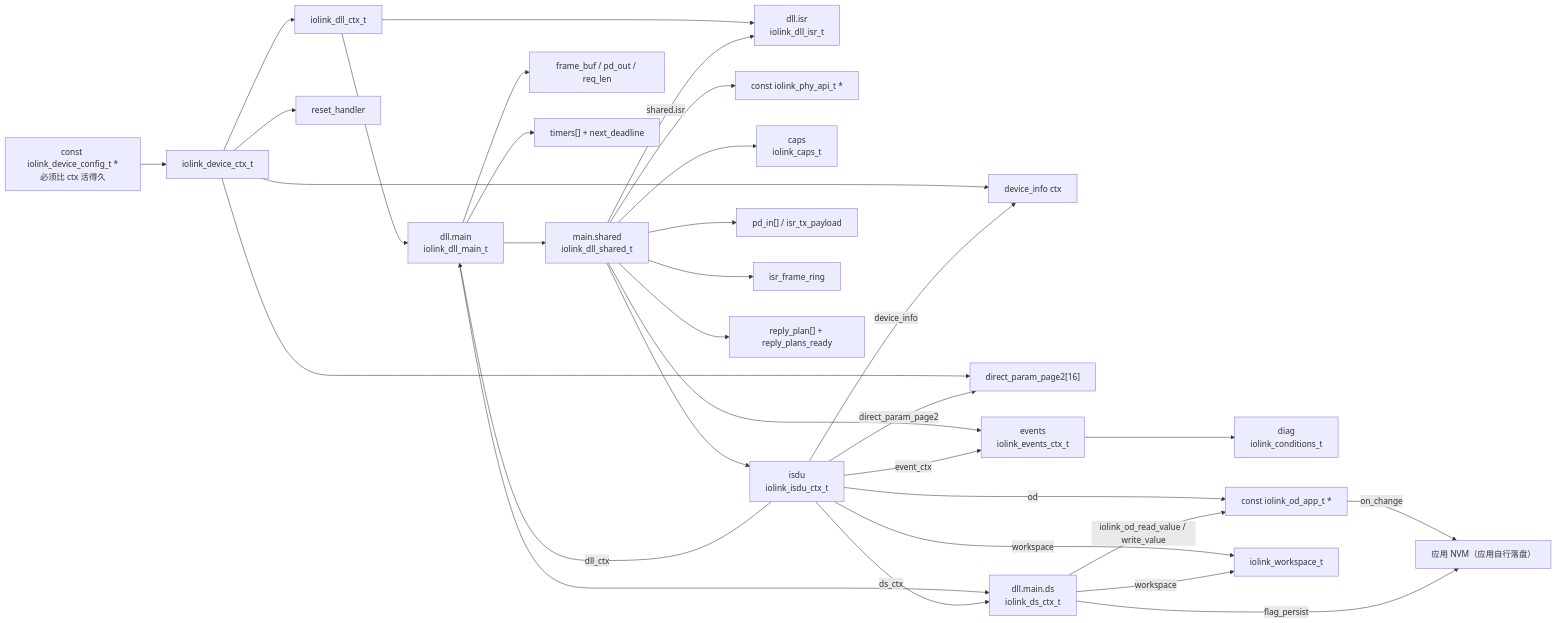
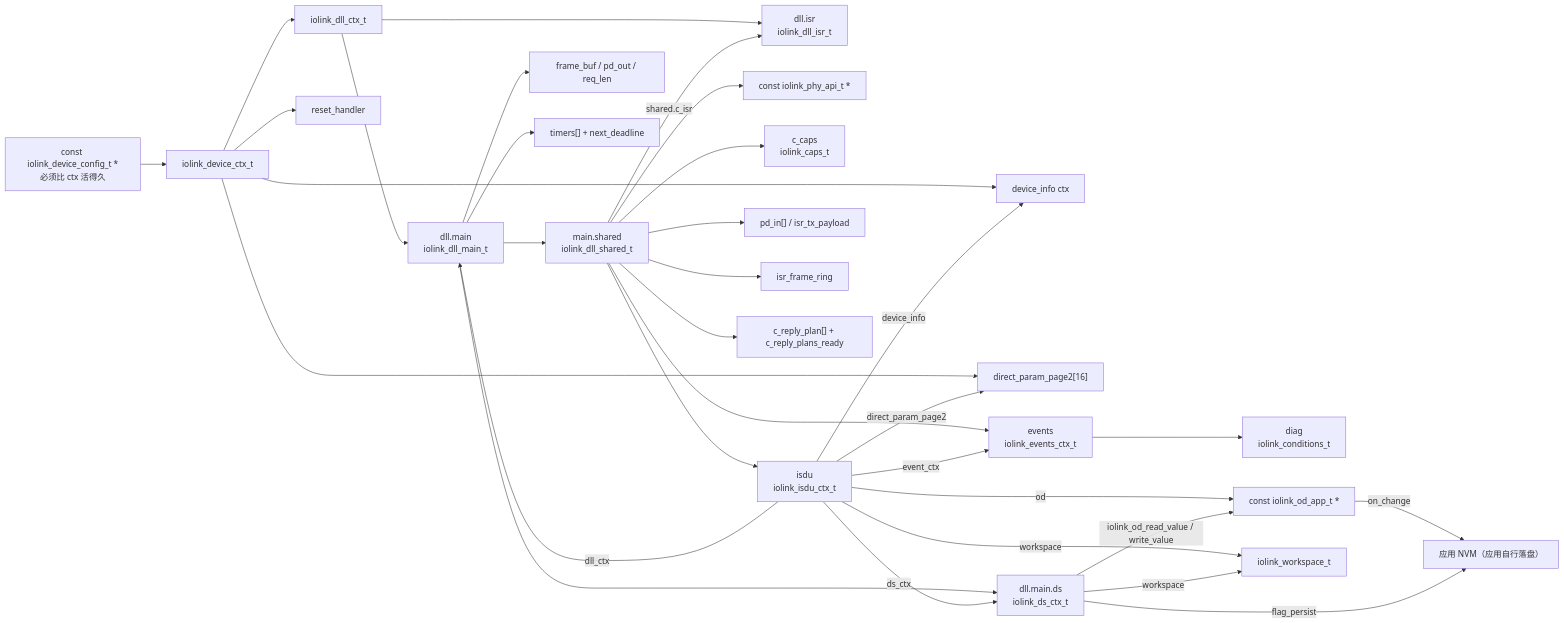
The second of 17 diagrams in docs/CODE_FLOW.md (Adlyq/iolinki), drawn with Mermaid before and after one commit. The commit also changed other lines of this file and 46 other files, not shown here.

````diff
--- a/docs/CODE_FLOW.md
+++ b/docs/CODE_FLOW.md
@@ -163,37 +163,37 @@
 ```mermaid
 flowchart LR
     CFG["const iolink_device_config_t *<br/>必须比 ctx 活得久"] --> DEV["iolink_device_ctx_t"]
     DEV --> DLL["iolink_dll_ctx_t"]
     DEV --> DI["device_info ctx"]
     DEV --> RH["reset_handler"]
     DEV --> P2["direct_param_page2[16]"]
 
     DLL --> MAIN["dll.main<br/>iolink_dll_main_t"]
     DLL --> ISR["dll.isr<br/>iolink_dll_isr_t"]
     MAIN --> SH["main.shared<br/>iolink_dll_shared_t"]
-    SH -->|"shared.isr"| ISR
+    SH -->|"shared.c_isr"| ISR
 
     SH --> PHY["const iolink_phy_api_t *"]
-    SH --> CAP["caps<br/>iolink_caps_t"]
+    SH --> CAP["c_caps<br/>iolink_caps_t"]
     SH --> ISDU["isdu<br/>iolink_isdu_ctx_t"]
     SH --> EV["events<br/>iolink_events_ctx_t"]
     SH --> BUF["pd_in[] / isr_tx_payload"]
     SH --> RING["isr_frame_ring"]
-    SH --> PLAN["reply_plan[] + reply_plans_ready"]
+    SH --> PLAN["c_reply_plan[] + c_reply_plans_ready"]
     MAIN --> DS["dll.main.ds<br/>iolink_ds_ctx_t"]
     MAIN --> FB["frame_buf / pd_out / req_len"]
     MAIN --> TMR["timers[] + next_deadline"]
     EV --> COND["diag<br/>iolink_conditions_t"]
 
     ISDU -->|ds_ctx| DS
     ISDU -->|event_ctx| EV
     ISDU -->|dll_ctx| MAIN
     ISDU -->|od| OD["const iolink_od_app_t *"]
     ISDU -->|device_info| DI
     ISDU -->|direct_param_page2| P2
     ISDU -->|workspace| WS["iolink_workspace_t"]
     DS -->|workspace| WS
     DS -->|"iolink_od_read_value / write_value"| OD
     OD -->|"on_change"| NVM["应用 NVM（应用自行落盘）"]
     DS -->|flag_persist| NVM
 ```
````
